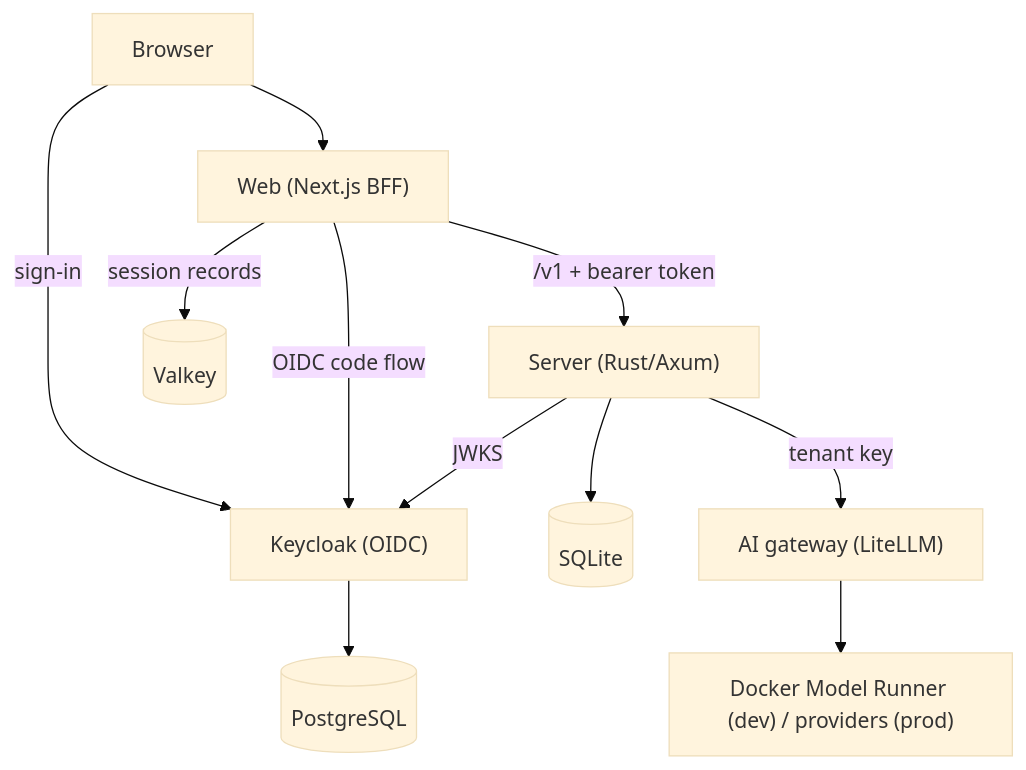
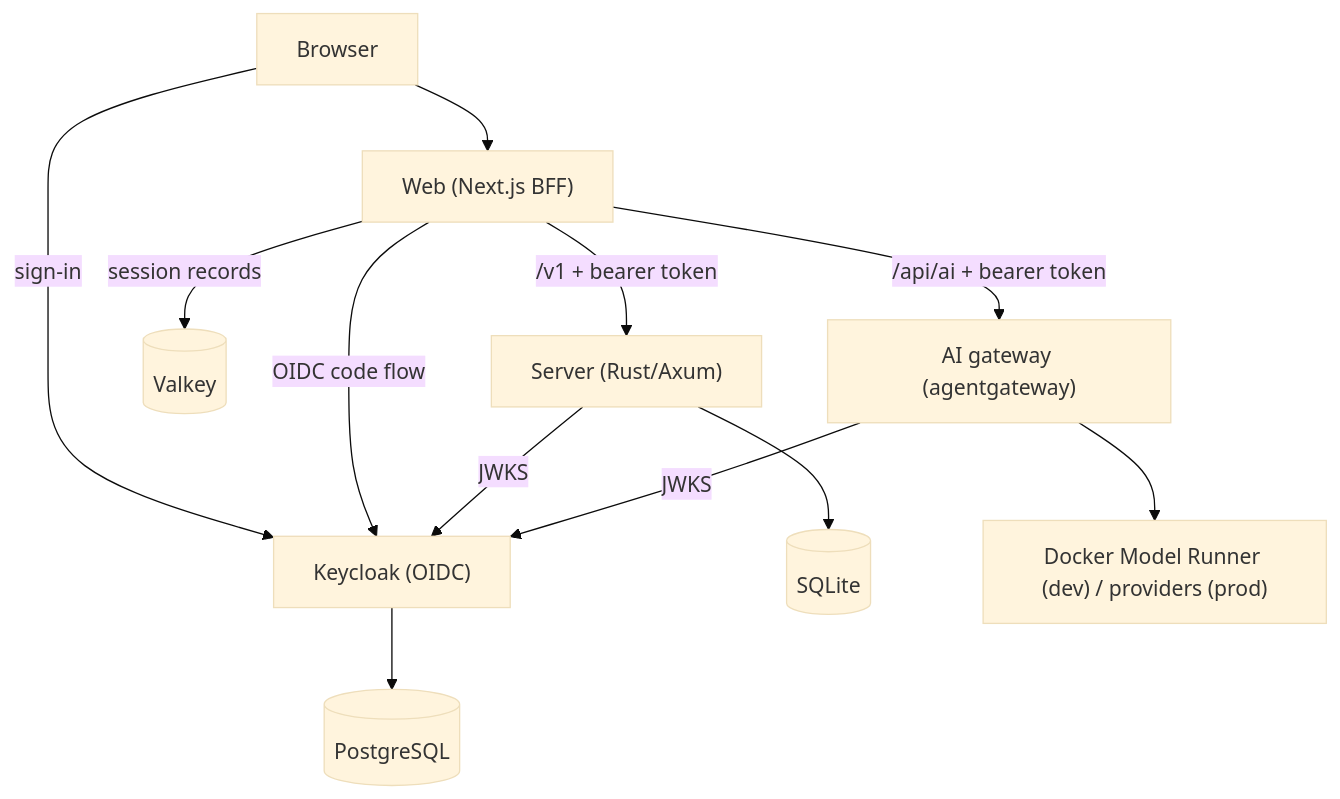
The diagram in README.md (Kanzo-Tech/keasy), drawn with Mermaid (base theme) before and after one commit. The commit also changed other lines of this file and 56 other files, not shown here.

First line of the commit message:
build(web): @kanzo-tech/* 0.31; the AI gateway behind the BFF

````diff
--- a/README.md
+++ b/README.md
@@ -105,13 +105,14 @@
 ```mermaid
 graph TD
     Browser --> Web["Web (Next.js BFF)"]
     Browser -->|"sign-in"| Keycloak["Keycloak (OIDC)"]
     Web -->|"/v1 + bearer token"| Server["Server (Rust/Axum)"]
     Web -->|"OIDC code flow"| Keycloak
     Web -->|"session records"| Valkey[("Valkey")]
     Server -->|"JWKS"| Keycloak
     Server --> SQLite[("SQLite")]
-    Server -->|"tenant key"| Gateway["AI gateway (LiteLLM)"]
+    Web -->|"/api/ai + bearer token"| Gateway["AI gateway (agentgateway)"]
+    Gateway -->|"JWKS"| Keycloak
     Gateway --> Models["Docker Model Runner (dev) / providers (prod)"]
     Keycloak --> PostgreSQL[("PostgreSQL")]
 ```
````
